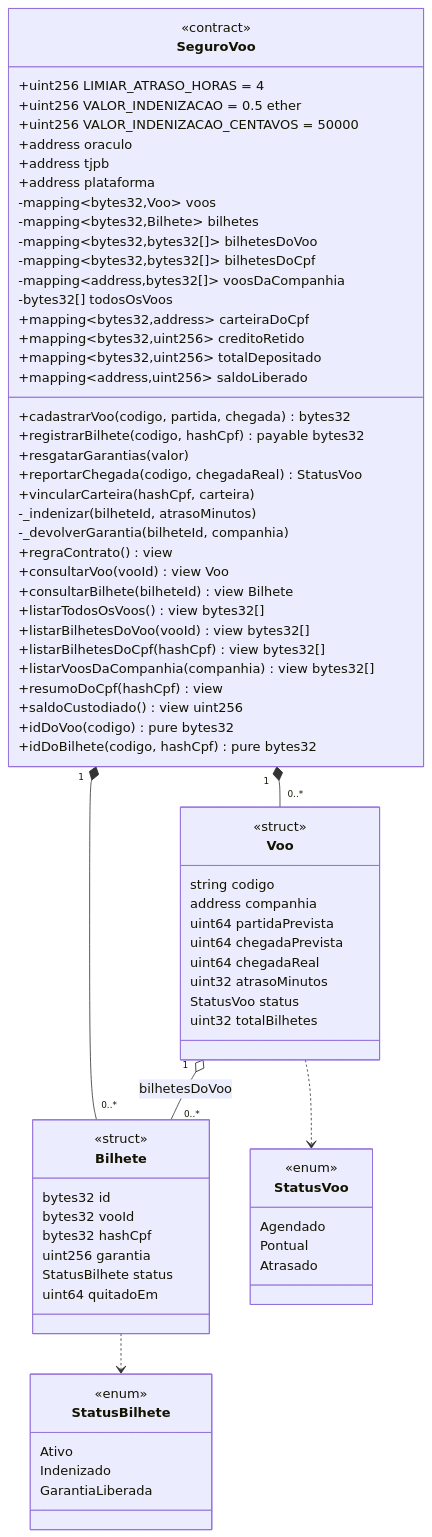
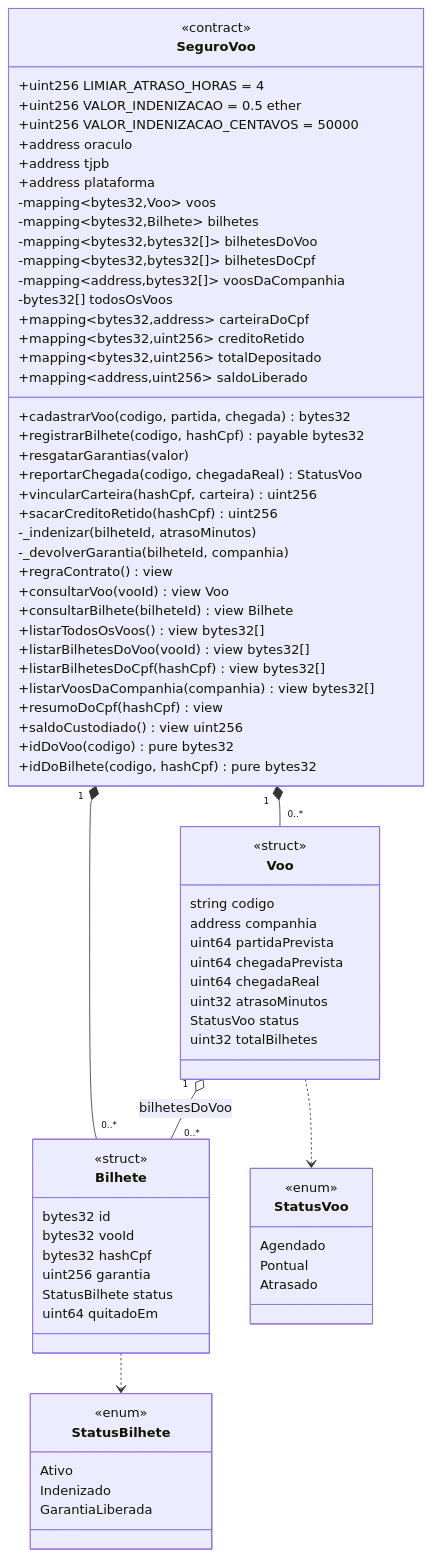
Before and after one commit to Joaogomesbrandao/AcordoInstant: the diagram in docs/diagramas/classes.md, drawn with Mermaid. The commit also changed other lines of this file and 26 other files, not shown here.

```diff
--- a/docs/diagramas/classes.md
+++ b/docs/diagramas/classes.md
@@ -30,7 +30,9 @@
         %% -- Oráculo --
         +reportarChegada(codigo, chegadaReal) StatusVoo
         %% -- Plataforma --
-        +vincularCarteira(hashCpf, carteira)
+        +vincularCarteira(hashCpf, carteira) uint256
+        %% -- Titular da carteira ou plataforma --
+        +sacarCreditoRetido(hashCpf) uint256
         %% -- Interno --
         -_indenizar(bilheteId, atrasoMinutos)
         -_devolverGarantia(bilheteId, companhia)
```
